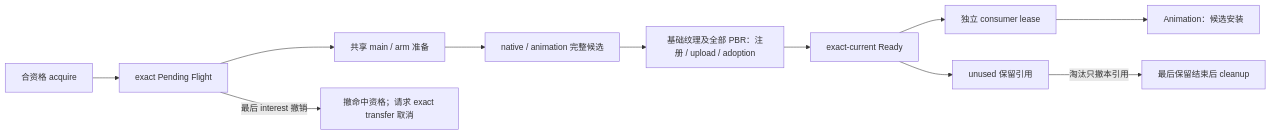
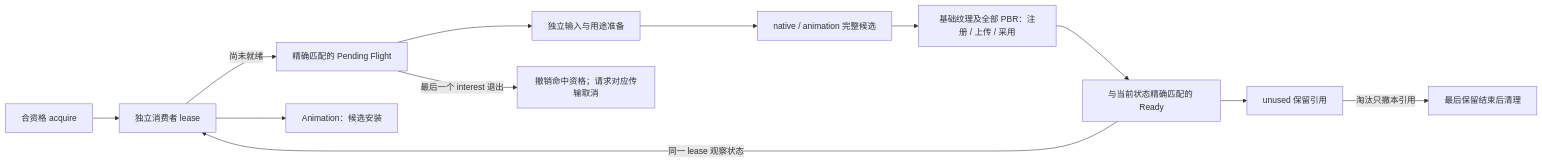
The diagram in docs/architecture/model-management/client-resources/overview.md (YesSteveModel/YesSteveModel), drawn with Mermaid before and after one commit. The commit also changed other lines of this file and 1109 other files, not shown here.

````diff
--- a/docs/architecture/model-management/client-resources/overview.md
+++ b/docs/architecture/model-management/client-resources/overview.md
@@ -33,13 +49,14 @@
 ```mermaid
 flowchart LR
-    Request["合资格 acquire"] --> Pending["exact Pending Flight"]
-    Pending --> Prepared["共享 main / arm 准备"]
+    Request["合资格 acquire"] --> Lease["独立消费者 lease"]
+    Lease -->|尚未就绪| Pending["精确匹配的 Pending Flight"]
+    Pending --> Prepared["独立输入与用途准备"]
     Prepared --> Candidate["native / animation 完整候选"]
-    Candidate --> Host["基础纹理及全部 PBR：注册 / upload / adoption"]
-    Host --> Ready["exact-current Ready"]
-    Ready --> Lease["独立 consumer lease"]
+    Candidate --> Host["基础纹理及全部 PBR：注册 / 上传 / 采用"]
+    Host --> Ready["与当前状态精确匹配的 Ready"]
+    Ready -->|同一 lease 观察状态| Lease
     Lease --> Install["Animation：候选安装"]
-    Pending -- "最后 interest 撤销" --> Cancel["撤命中资格；请求 exact transfer 取消"]
+    Pending -- "最后一个 interest 退出" --> Cancel["撤销命中资格；请求对应传输取消"]
     Ready --> Retention["unused 保留引用"]
-    Retention -- "淘汰只撤本引用" --> Cleanup["最后保留结束后 cleanup"]
+    Retention -- "淘汰只撤本引用" --> Cleanup["最后保留结束后清理"]
 ```
````
